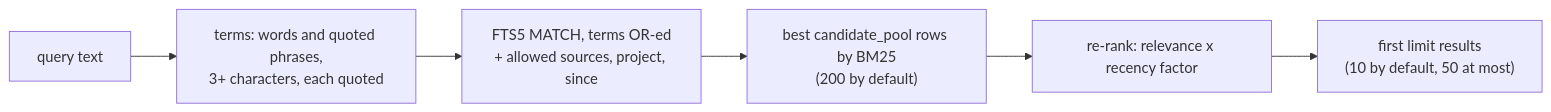
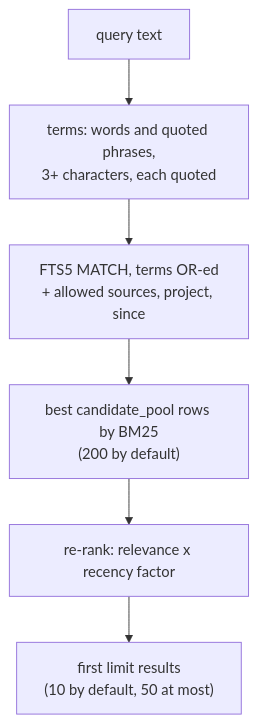
One commit to MarsGotta/jezero changed the first of 2 diagrams in docs/explanation/search.md. Above: the diagram before and after it, drawn with Mermaid. The commit also changed 10 other files, not shown here.

````diff
--- a/docs/explanation/search.md
+++ b/docs/explanation/search.md
@@ -9,8 +9,8 @@
 ```mermaid
-flowchart LR
+flowchart TD
   Q["query text"] --> T["terms: words and quoted phrases,<br/>3+ characters, each quoted"]
   T --> M["FTS5 MATCH, terms OR-ed<br/>+ allowed sources, project, since"]
   M --> P["best candidate_pool rows by BM25<br/>(200 by default)"]
   P --> R["re-rank: relevance x recency factor"]
   R --> L["first limit results<br/>(10 by default, 50 at most)"]
 ```
````
